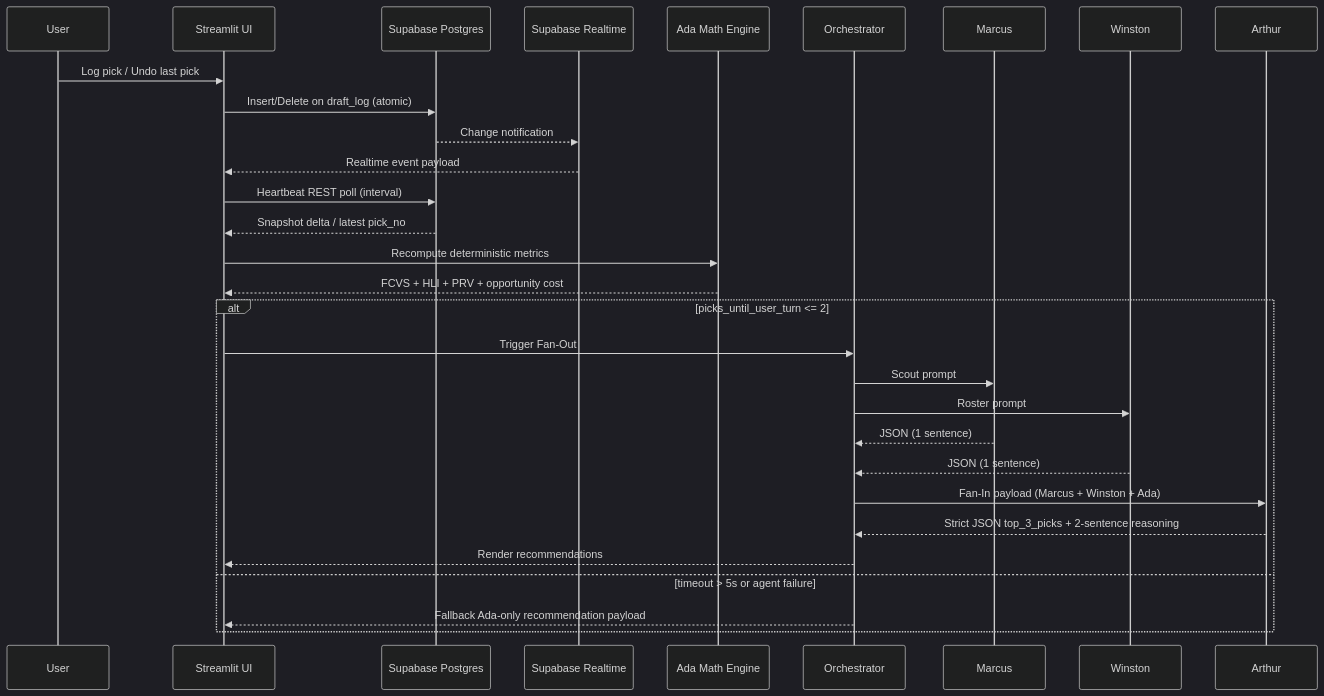
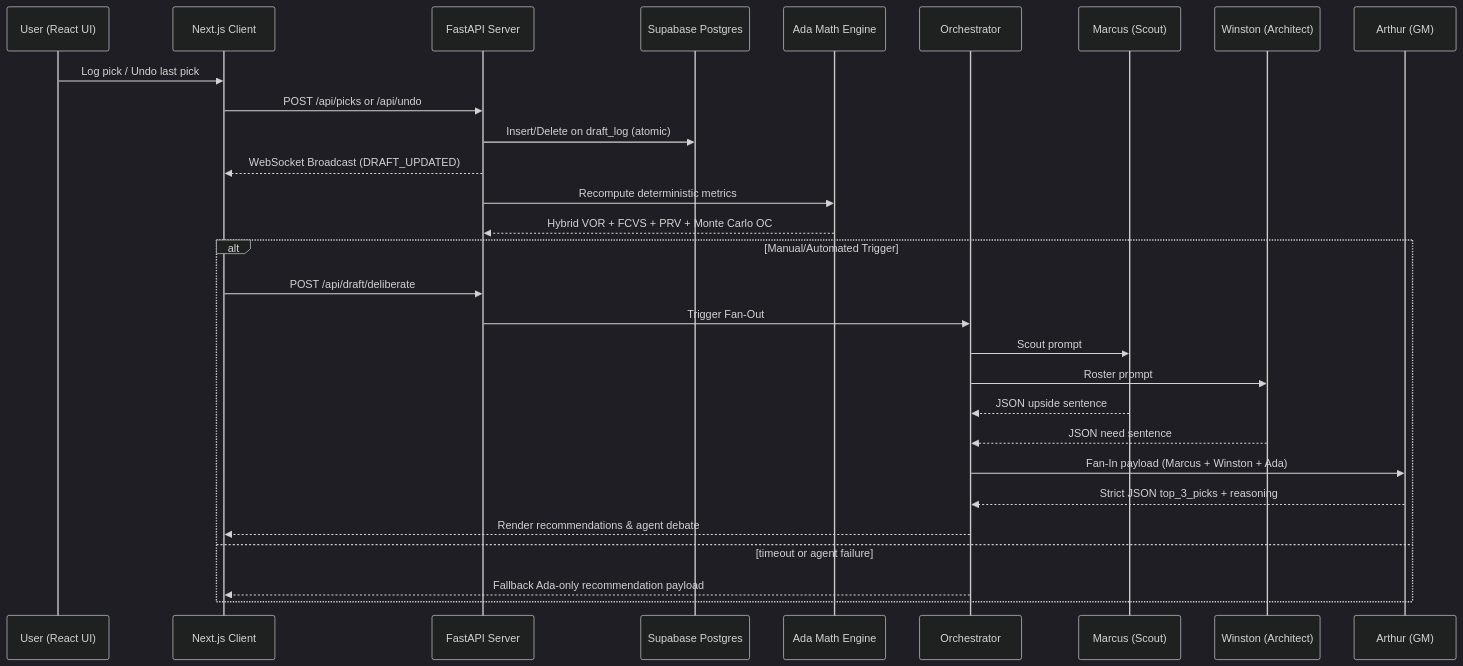
One commit to jablack10716/ff-espn-war-room changed the diagram in WAR_ROOM_SPEC.md. Above: the diagram before and after it, drawn with Mermaid (dark theme). The commit also changed other lines of this file and 3 other files, not shown here.

Commit message:
docs: remove Streamlit claims and standardize root specification on Next.js React frontend and FastAPI engine

````diff
--- a/WAR_ROOM_SPEC.md
+++ b/WAR_ROOM_SPEC.md
@@ -68,35 +67,34 @@
 ```mermaid
 sequenceDiagram
-    participant U as User
-    participant S as Streamlit UI
+    participant U as User (React UI)
+    participant C as Next.js Client
+    participant S as FastAPI Server
     participant DB as Supabase Postgres
-    participant RT as Supabase Realtime
     participant A as Ada Math Engine
     participant O as Orchestrator
-    participant M as Marcus
-    participant W as Winston
-    participant G as Arthur
+    participant M as Marcus (Scout)
+    participant W as Winston (Architect)
+    participant G as Arthur (GM)
 
-    U->>S: Log pick / Undo last pick
+    U->>C: Log pick / Undo last pick
+    C->>S: POST /api/picks or /api/undo
     S->>DB: Insert/Delete on draft_log (atomic)
-    DB-->>RT: Change notification
-    RT-->>S: Realtime event payload
-    S->>DB: Heartbeat REST poll (interval)
-    DB-->>S: Snapshot delta / latest pick_no
+    S-->>C: WebSocket Broadcast (DRAFT_UPDATED)
 
     S->>A: Recompute deterministic metrics
-    A-->>S: FCVS + HLI + PRV + opportunity cost
+    A-->>S: Hybrid VOR + FCVS + PRV + Monte Carlo OC
 
-    alt picks_until_user_turn <= 2
+    alt Manual/Automated Trigger
+        C->>S: POST /api/draft/deliberate
         S->>O: Trigger Fan-Out
         O->>M: Scout prompt
         O->>W: Roster prompt
-        M-->>O: JSON (1 sentence)
-        W-->>O: JSON (1 sentence)
+        M-->>O: JSON upside sentence
+        W-->>O: JSON need sentence
         O->>G: Fan-In payload (Marcus + Winston + Ada)
-        G-->>O: Strict JSON top_3_picks + 2-sentence reasoning
-        O-->>S: Render recommendations
-    else timeout > 5s or agent failure
-        O-->>S: Fallback Ada-only recommendation payload
+        G-->>O: Strict JSON top_3_picks + reasoning
+        O-->>C: Render recommendations & agent debate
+    else timeout or agent failure
+        O-->>C: Fallback Ada-only recommendation payload
     end
 ```
````
